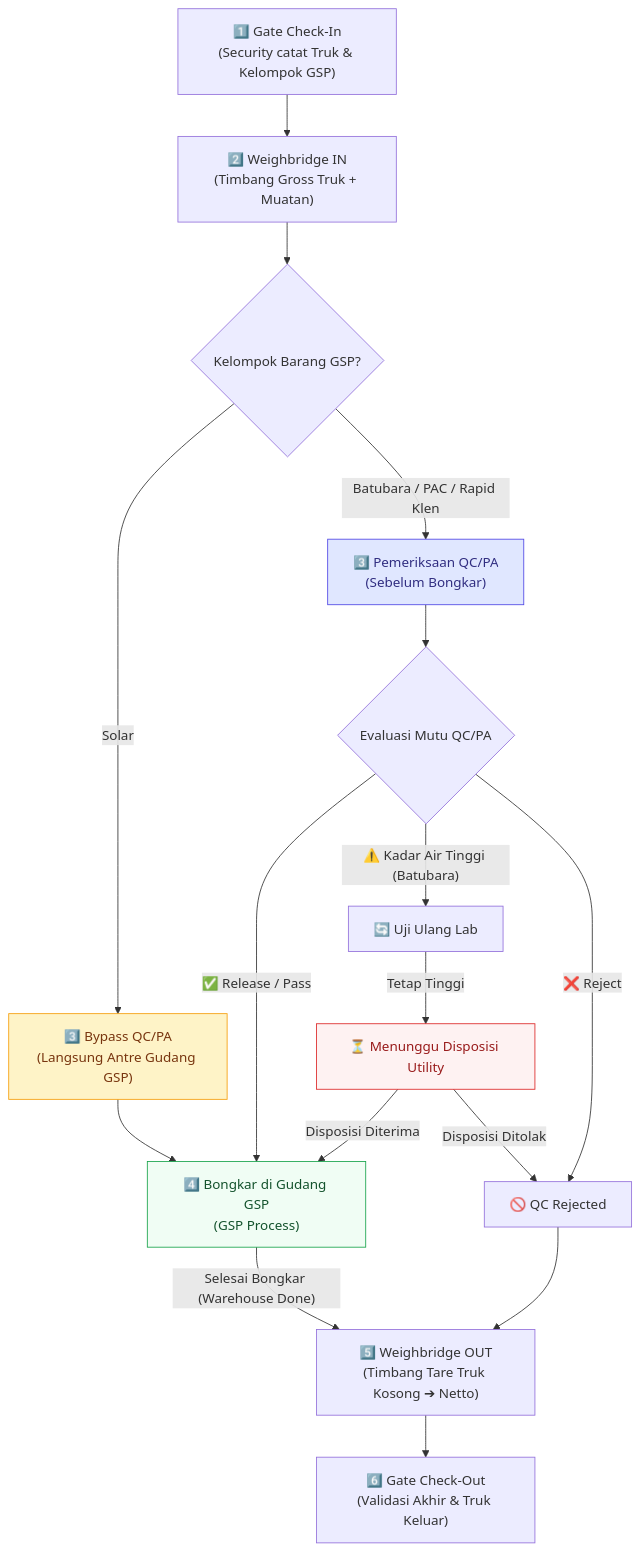
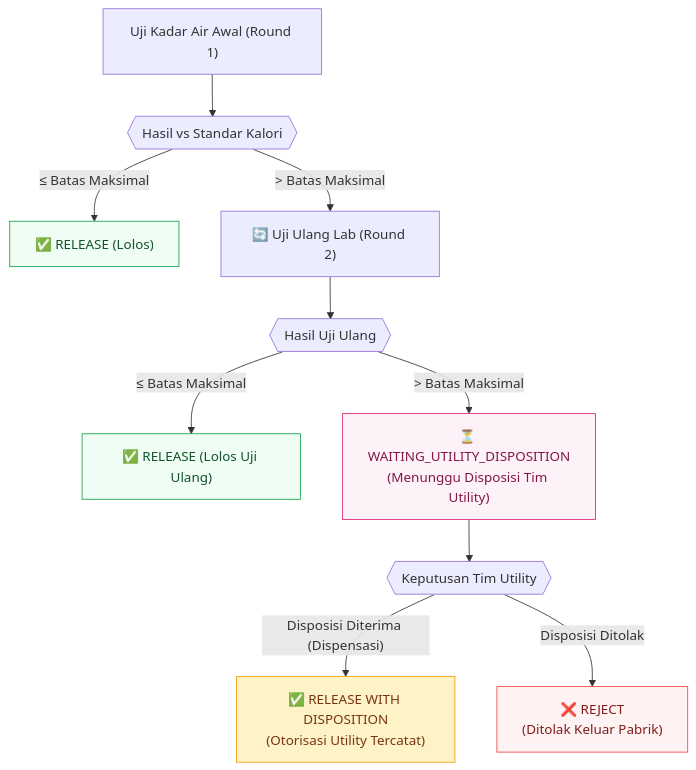
Before and after one commit to rahmatauliya10/Aplikasi-Gate-Management-System: the second of 2 diagrams in docs/superpowers/specs/2026-09-29-gsp-4-groups-workflow-design.md, drawn with Mermaid. The commit also changed other lines of this file, not shown here.

Commit message:
docs(spec): revise gsp 4 groups workflow with accurate status transitions and pa analysis model

````diff
--- a/docs/superpowers/specs/2026-09-29-gsp-4-groups-workflow-design.md
+++ b/docs/superpowers/specs/2026-09-29-gsp-4-groups-workflow-design.md
@@ -15,30 +174,20 @@
-```mermaid
-flowchart TD
-    GATE_IN["1️⃣ Gate Check-In<br/>(Security catat Truk & Kelompok GSP)"] --> WB_IN["2️⃣ Weighbridge IN<br/>(Timbang Gross Truk + Muatan)"]
-    
-    WB_IN --> ROUTE{"Kelompok Barang GSP?"}
-    
-    ROUTE -->|"Solar"| SOLAR_ROUTE["3️⃣ Bypass QC/PA<br/>(Langsung Antre Gudang GSP)"]
-    ROUTE -->|"Batubara / PAC / Rapid Klen"| QC_STAGE["3️⃣ Pemeriksaan QC/PA<br/>(Sebelum Bongkar)"]
-    
-    QC_STAGE --> QC_DECISION{"Evaluasi Mutu QC/PA"}
-    
-    QC_DECISION -->|"✅ Release / Pass"| GSP_UNLOAD["4️⃣ Bongkar di Gudang GSP<br/>(GSP Process)"]
-    QC_DECISION -->|"⚠️ Kadar Air Tinggi (Batubara)"| RETEST["🔄 Uji Ulang Lab"]
-    RETEST -->|"Tetap Tinggi"| UTILITY_DISPO["⏳ Menunggu Disposisi Utility"]
-    UTILITY_DISPO -->|"Disposisi Diterima"| GSP_UNLOAD
-    UTILITY_DISPO -->|"Disposisi Ditolak"| REJECT_ROUTE["🚫 QC Rejected"]
-    QC_DECISION -->|"❌ Reject"| REJECT_ROUTE
-    
-    SOLAR_ROUTE --> GSP_UNLOAD
-    
-    GSP_UNLOAD -->|"Selesai Bongkar (Warehouse Done)"| WB_OUT["5️⃣ Weighbridge OUT<br/>(Timbang Tare Truk Kosong ➔ Netto)"]
-    REJECT_ROUTE --> WB_OUT
-    
-    WB_OUT --> GATE_OUT["6️⃣ Gate Check-Out<br/>(Validasi Akhir & Truk Keluar)"]
+   ```mermaid
+   flowchart TD
+       START_TEST["Uji Kadar Air Awal (Round 1)"] --> CHECK{{"Hasil vs Standar Kalori"}}
+       CHECK -->|"≤ Batas Maksimal"| PASS_INIT["✅ RELEASE (Lolos)"]
+       CHECK -->|"> Batas Maksimal"| RETEST["🔄 Uji Ulang Lab (Round 2)"]
+       
+       RETEST --> CHECK_RETEST{{"Hasil Uji Ulang"}}
+       CHECK_RETEST -->|"≤ Batas Maksimal"| PASS_RETEST["✅ RELEASE (Lolos Uji Ulang)"]
+       CHECK_RETEST -->|"> Batas Maksimal"| WAIT_DISPO["⏳ WAITING_UTILITY_DISPOSITION<br/>(Menunggu Disposisi Tim Utility)"]
+       
+       WAIT_DISPO --> DECISION_DISPO{{"Keputusan Tim Utility"}}
+       DECISION_DISPO -->|"Disposisi Diterima (Dispensasi)"| PASS_DISPO["✅ RELEASE WITH DISPOSITION<br/>(Otorisasi Utility Tercatat)"]
+       DECISION_DISPO -->|"Disposisi Ditolak"| REJECT["❌ REJECT<br/>(Ditolak Keluar Pabrik)"]
 
-    style SOLAR_ROUTE fill:#fef3c7,stroke:#f59e0b,color:#78350f
-    style QC_STAGE fill:#e0e7ff,stroke:#4f46e5,color:#312e81
-    style GSP_UNLOAD fill:#f0fdf4,stroke:#16a34a,color:#14532d
-    style UTILITY_DISPO fill:#fef2f2,stroke:#dc2626,color:#991b1b
-```
+       style PASS_INIT fill:#f0fdf4,stroke:#16a34a,color:#14532d
+       style PASS_RETEST fill:#f0fdf4,stroke:#16a34a,color:#14532d
+       style PASS_DISPO fill:#fef3c7,stroke:#f59e0b,color:#78350f
+       style REJECT fill:#fef2f2,stroke:#ef4444,color:#7f1d1d
+       style WAIT_DISPO fill:#fdf2f8,stroke:#db2777,color:#831843
+   ```
````
